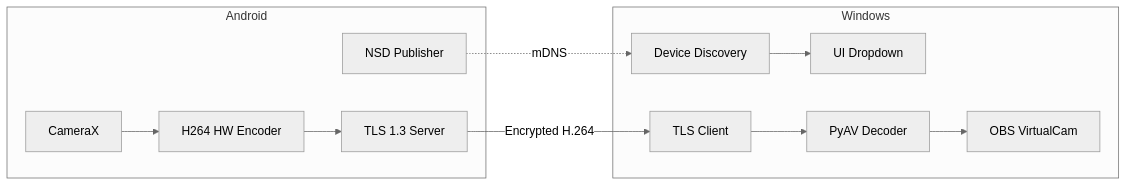
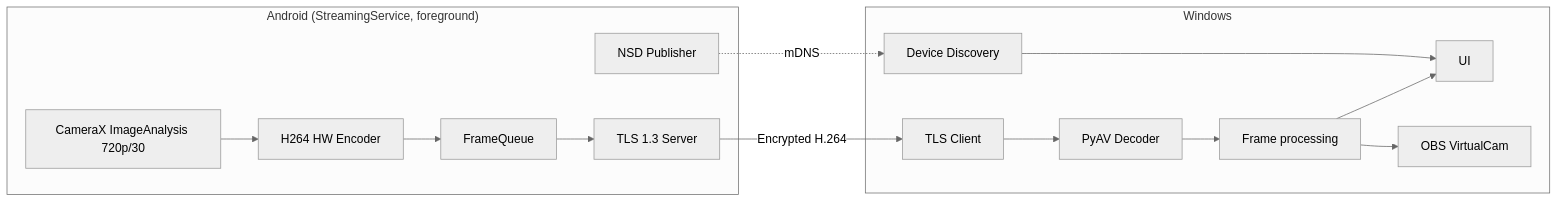
One commit to danielbolivar/vancamera changed the diagram in docs/ARCHITECTURE.md. Above: the diagram before and after it, drawn with Mermaid (neutral theme). The commit also changed other lines of this file and 9 other files, not shown here.

````diff
--- a/docs/ARCHITECTURE.md
+++ b/docs/ARCHITECTURE.md
@@ -16,17 +16,20 @@
 ```mermaid
 flowchart LR
-    subgraph Android
-        CAM[CameraX] --> ENC[H264 HW Encoder]
-        ENC --> TLS[TLS 1.3 Server]
+    subgraph Android["Android (StreamingService, foreground)"]
+        CAM[CameraX ImageAnalysis 720p/30] --> ENC[H264 HW Encoder]
+        ENC --> Q[FrameQueue]
+        Q --> TLS[TLS 1.3 Server]
         NSD[NSD Publisher]
     end
 
     subgraph Windows
-        DISC[Device Discovery] --> UI[UI Dropdown]
+        DISC[Device Discovery] --> UI[UI]
         CLIENT[TLS Client] --> DEC[PyAV Decoder]
-        DEC --> VCAM[OBS VirtualCam]
+        DEC --> PROC[Frame processing]
+        PROC --> VCAM[OBS VirtualCam]
+        PROC --> UI
     end
 
     TLS -->|"Encrypted H.264"| CLIENT
     NSD -.->|"mDNS"| DISC
 ```
````
